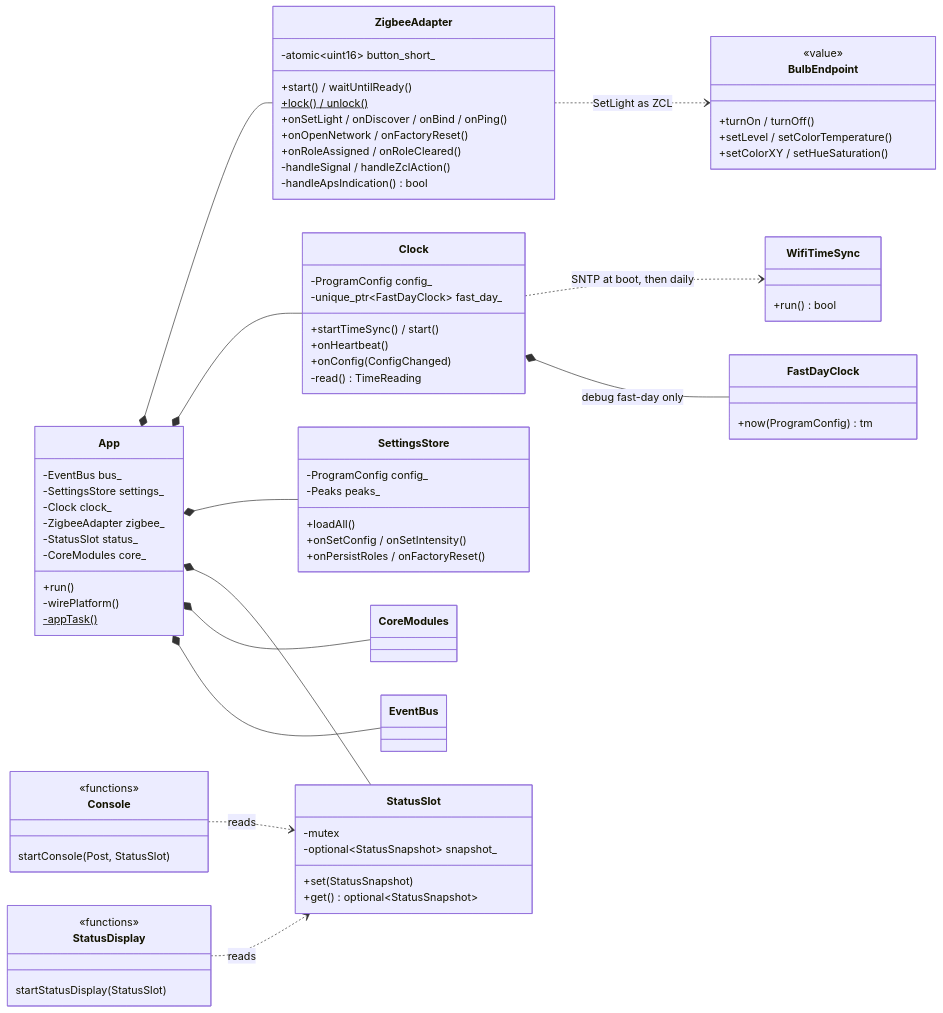
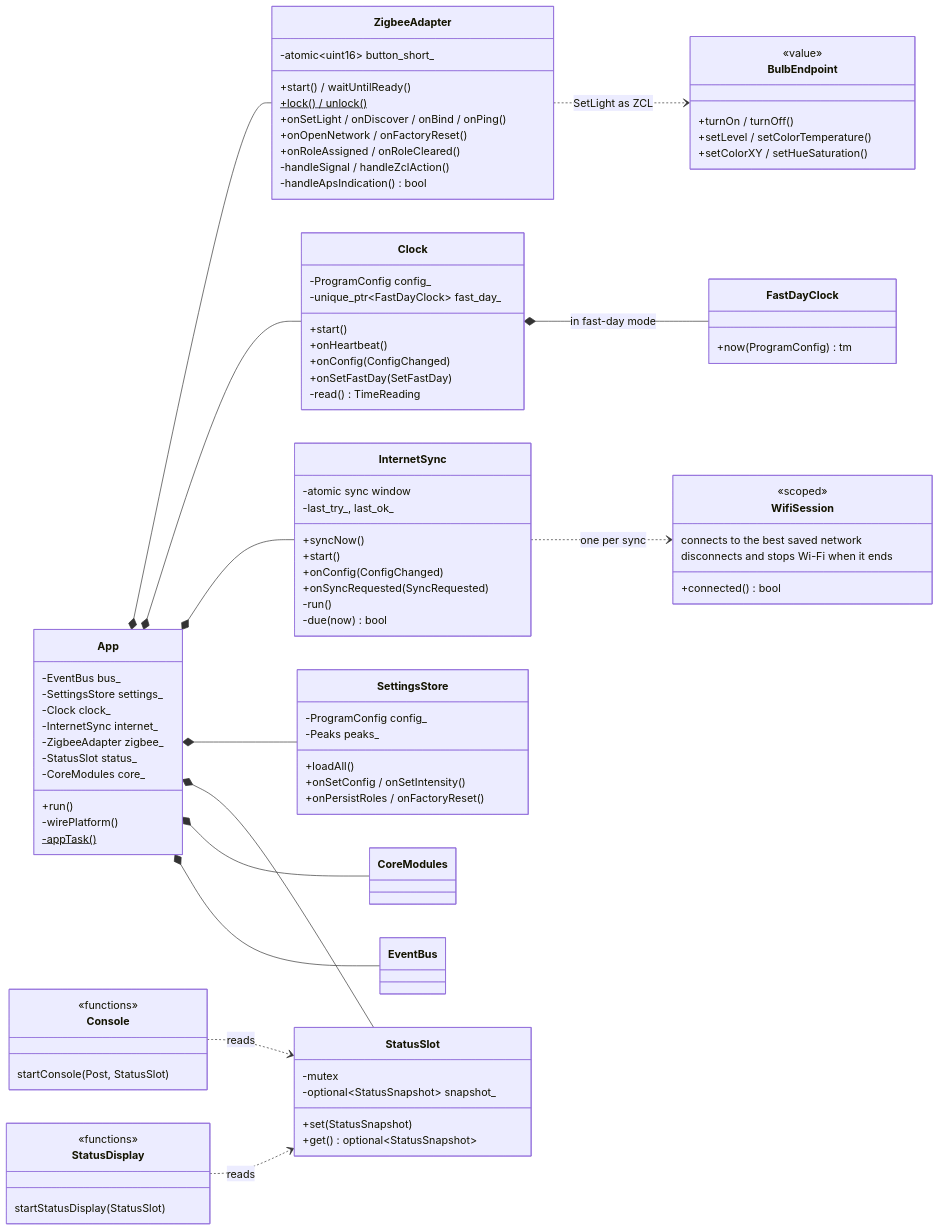
The fifth of 10 diagrams in ARCHITECTURE.md (bjerre/sunsim), drawn with Mermaid before and after one commit. The commit also changed other lines of this file and 13 other files, not shown here.

````diff
--- a/ARCHITECTURE.md
+++ b/ARCHITECTURE.md
@@ -331,6 +332,7 @@
         -EventBus bus_
         -SettingsStore settings_
         -Clock clock_
+        -InternetSync internet_
         -ZigbeeAdapter zigbee_
         -StatusSlot status_
         -CoreModules core_
@@ -357,13 +359,27 @@
     class Clock {
         -ProgramConfig config_
         -unique_ptr~FastDayClock~ fast_day_
-        +startTimeSync() / start()
+        +start()
         +onHeartbeat()
         +onConfig(ConfigChanged)
+        +onSetFastDay(SetFastDay)
         -read() TimeReading
     }
-    class WifiTimeSync {
-        +run() bool
+    class InternetSync {
+        -atomic sync window
+        -last_try_, last_ok_
+        +syncNow()
+        +start()
+        +onConfig(ConfigChanged)
+        +onSyncRequested(SyncRequested)
+        -run()
+        -due(now) bool
+    }
+    class WifiSession {
+        <<scoped>>
+        connects to the best saved network
+        disconnects and stops Wi-Fi when it ends
+        +connected() bool
     }
     class FastDayClock {
         +now(ProgramConfig) tm
@@ -392,13 +408,14 @@
 
     App *-- ZigbeeAdapter
     App *-- Clock
+    App *-- InternetSync
     App *-- SettingsStore
     App *-- StatusSlot
     App *-- CoreModules
     App *-- EventBus
     ZigbeeAdapter ..> BulbEndpoint : SetLight as ZCL
-    Clock ..> WifiTimeSync : SNTP at boot, then daily
-    Clock *-- FastDayClock : debug fast-day only
+    InternetSync ..> WifiSession : one per sync
+    Clock *-- FastDayClock : in fast-day mode
     Console ..> StatusSlot : reads
     StatusDisplay ..> StatusSlot : reads
 ```
````
